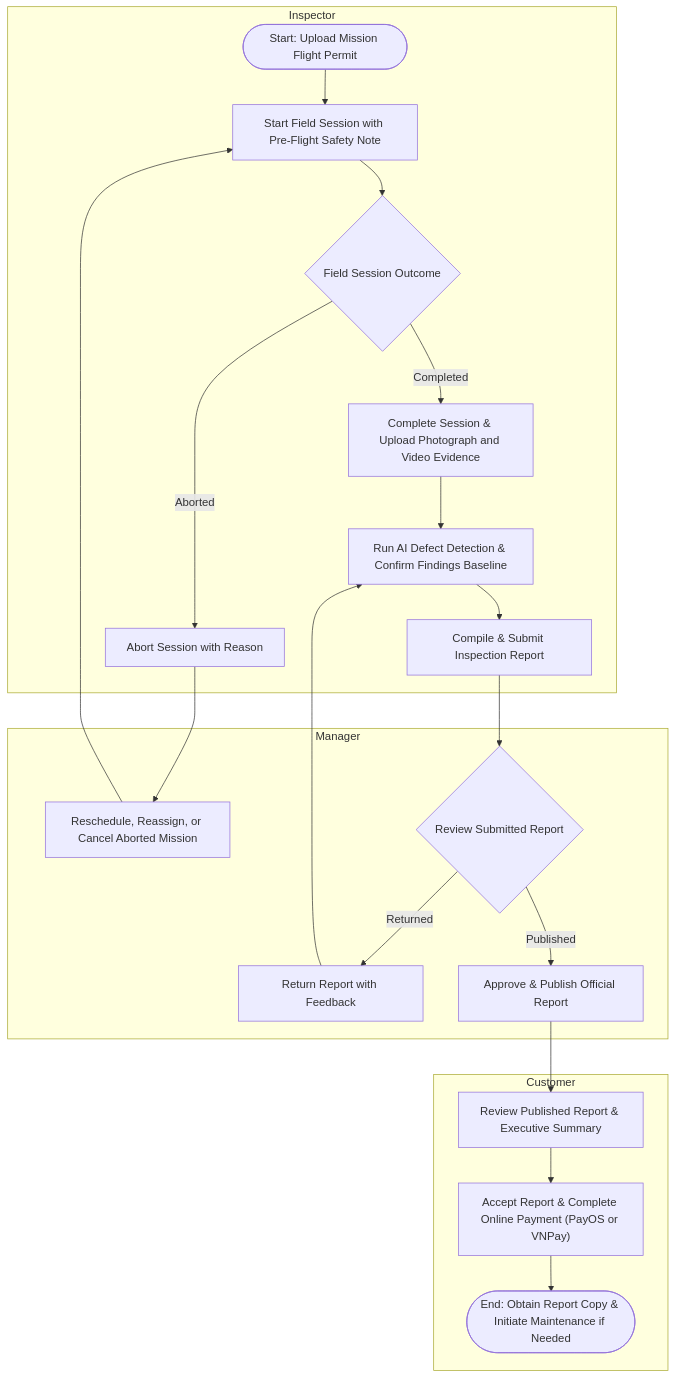
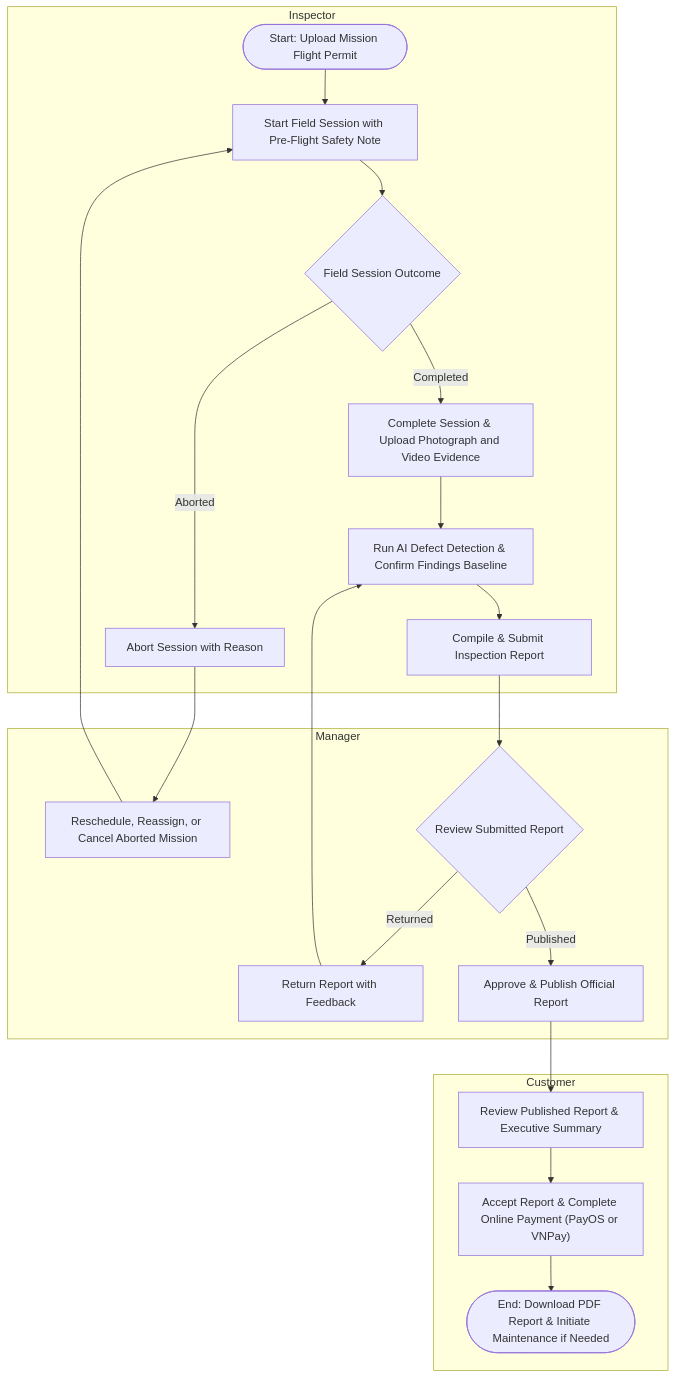
Before and after one commit to tungbach12/SmartDroneInspection-Docs: diagram 18 of 23 in reports/report-4-software-design-document/03-detailed-design.md, drawn with Mermaid. The commit also changed other lines of this file and 101 other files, not shown here.

````diff
--- a/reports/report-4-software-design-document/03-detailed-design.md
+++ b/reports/report-4-software-design-document/03-detailed-design.md
@@ -762,32 +863,32 @@
 ```mermaid
 %% title: WF-03 Activity Diagram - Field Session, AI Detection, Reporting and Payment
 flowchart TD
   subgraph IN3["Inspector"]
     C1(["Start: Upload Mission Flight Permit"])
     C2["Start Field Session with Pre-Flight Safety Note"]
     C3{"Field Session Outcome"}
     C4["Abort Session with Reason"]
     C5["Complete Session & Upload Photograph and Video Evidence"]
     C6["Run AI Defect Detection & Confirm Findings Baseline"]
     C7["Compile & Submit Inspection Report"]
   end
 
   subgraph MG3["Manager"]
     C4M["Reschedule, Reassign, or Cancel Aborted Mission"]
     C8{"Review Submitted Report"}
     C9["Return Report with Feedback"]
     C10["Approve & Publish Official Report"]
   end
 
   subgraph CU3["Customer"]
     C11["Review Published Report & Executive Summary"]
     C12["Accept Report & Complete Online Payment (PayOS or VNPay)"]
-    C13(["End: Obtain Report Copy & Initiate Maintenance if Needed"])
+    C13(["End: Download PDF Report & Initiate Maintenance if Needed"])
   end
 
   C1 --> C2 --> C3
   C3 -->|"Aborted"| C4 --> C4M --> C2
   C3 -->|"Completed"| C5 --> C6 --> C7 --> C8
   C8 -->|"Returned"| C9 --> C6
   C8 -->|"Published"| C10 --> C11 --> C12 --> C13
 ```
````
